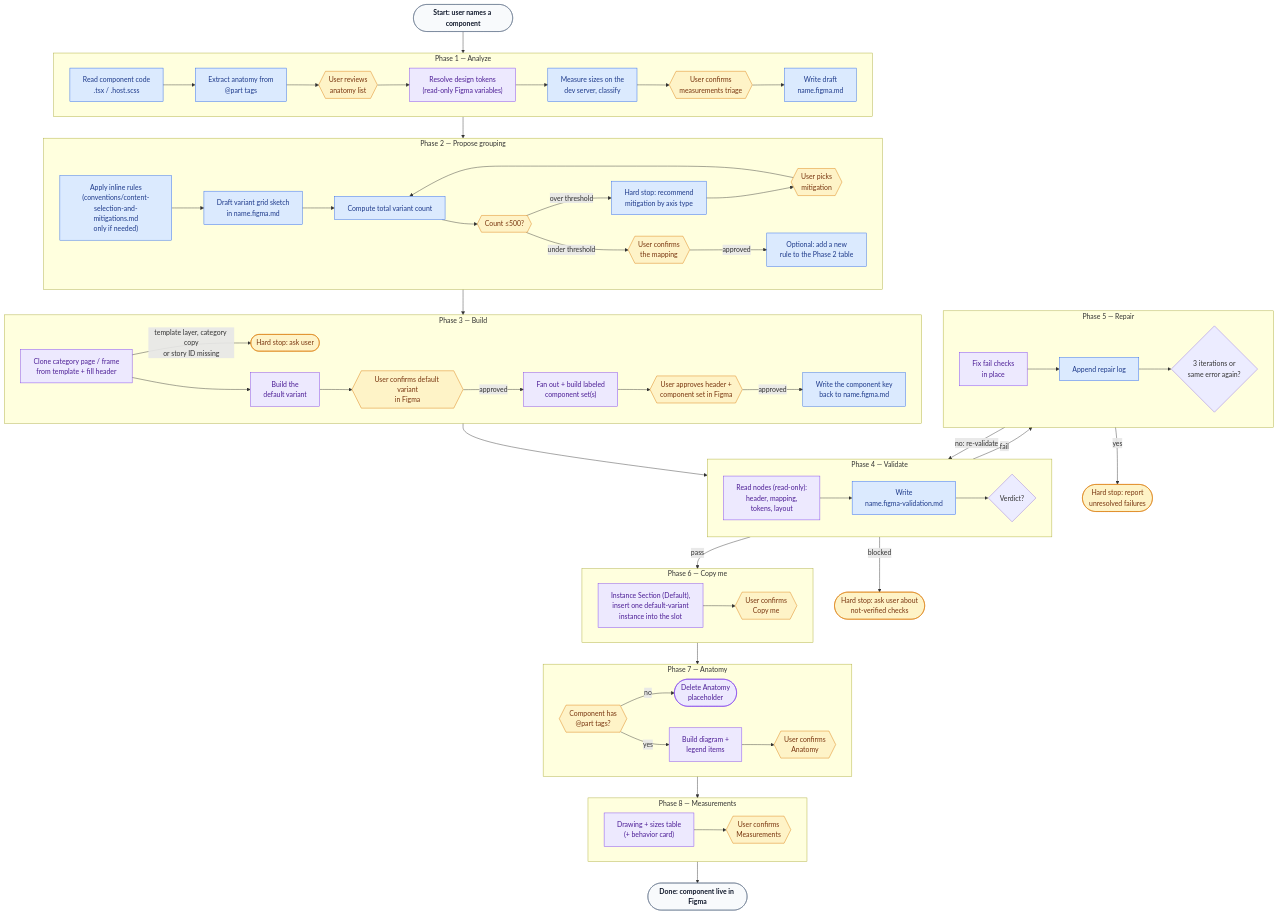
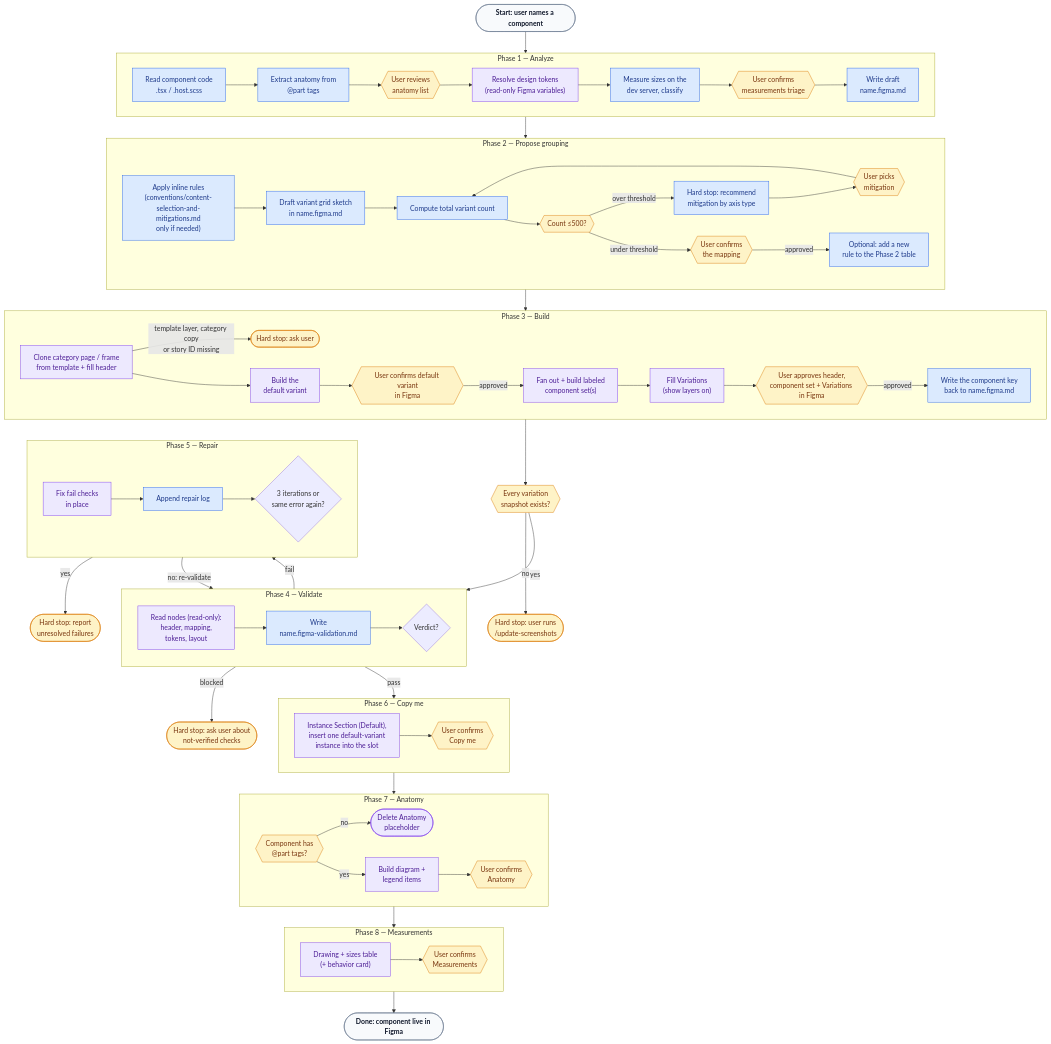
One commit to helvetia-design/design-system changed the diagram in .claude/skills/ds-code-to-figma/SKILL.md. Above: the diagram before and after it, drawn with Mermaid. The commit also changed other lines of this file and 25 other files, not shown here.

Commit message:
add figma text properties and variations rules, verify on button and input

```diff
--- a/.claude/skills/ds-code-to-figma/SKILL.md
+++ b/.claude/skills/ds-code-to-figma/SKILL.md
@@ -87,11 +89,14 @@
         P3a --> P3b["Build the<br/>default variant"]:::figma
         P3b --> P3c{{"User confirms default variant<br/>in Figma"}}:::human
         P3c -->|approved| P3d["Fan out + build labeled<br/>component set(s)"]:::figma
-        P3d --> P3f{{"User approves header +<br/>component set in Figma"}}:::human
+        P3d --> P3v["Fill Variations<br/>(show layers on)"]:::figma
+        P3v --> P3f{{"User approves header,<br/>component set + Variations in Figma"}}:::human
         P3f -->|approved| P3e["Write the component key<br/>back to name.figma.md"]:::code
     end
 
-    P3G --> P4G
+    P3G --> P3s{{"Every variation<br/>snapshot exists?"}}:::human
+    P3s -->|no| P3sh(["Hard stop: user runs<br/>/update-screenshots"]):::human
+    P3s -->|yes| P4G
 
     subgraph P4G["Phase 4 — Validate"]
         direction LR
```
